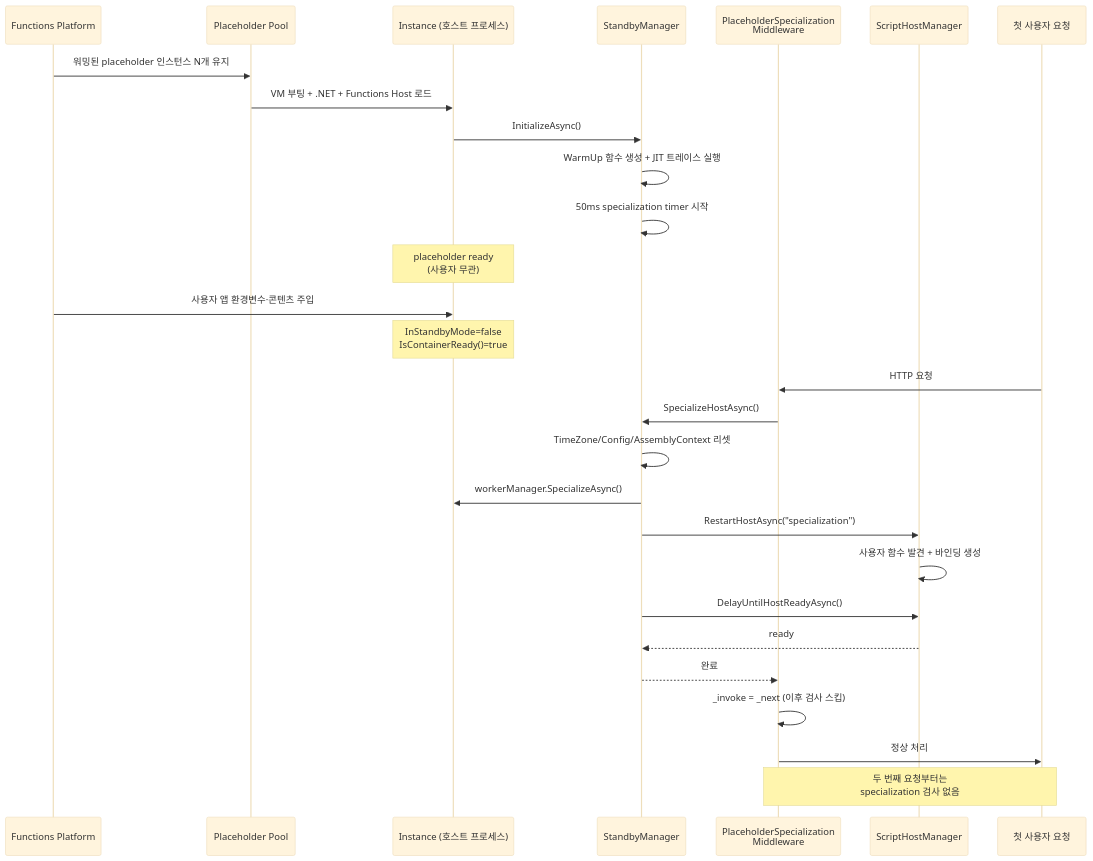
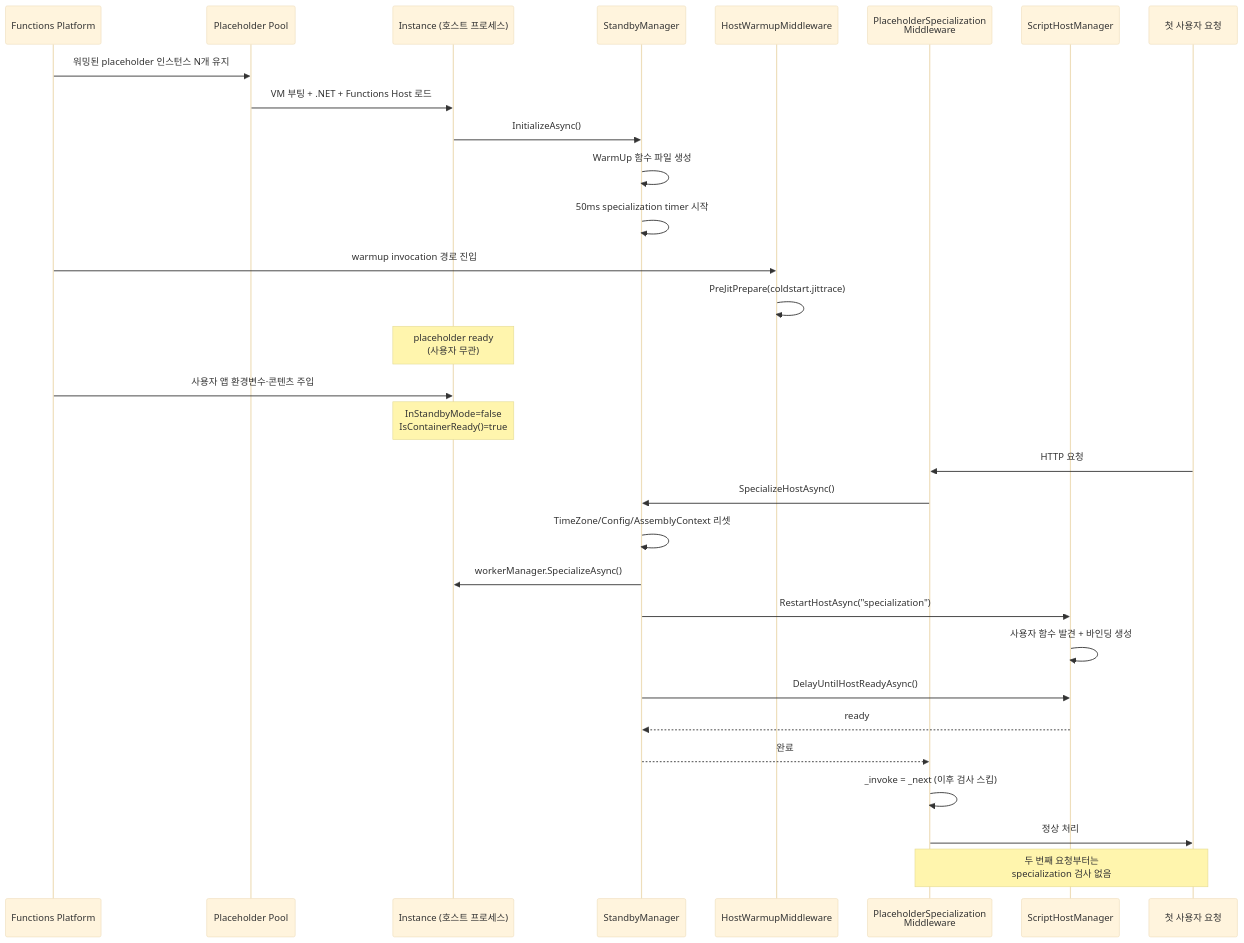
The second of 2 diagrams in azure-functions-deep-dive/ko/06-cold-start-placeholder.md (yeongseon-books/book-content), drawn with Mermaid (base theme) before and after one commit. The commit also changed other lines of this file and 42 other files, not shown here.

First line of the commit message:
fix: 오라클 리뷰 반영 — Functions 101/Deep Dive 사실관계·톤·다이어그램 정리, App Service 101 ko/en 재구조화

````diff
--- a/azure-functions-deep-dive/ko/06-cold-start-placeholder.md
+++ b/azure-functions-deep-dive/ko/06-cold-start-placeholder.md
@@ -319,34 +319,37 @@
 ```mermaid
 sequenceDiagram
     participant PLAT as Functions Platform
     participant POOL as Placeholder Pool
     participant INST as Instance (호스트 프로세스)
     participant SBM as StandbyManager
+    participant MWMID as HostWarmupMiddleware
     participant MID as PlaceholderSpecialization<br/>Middleware
     participant SHM as ScriptHostManager
     participant USER as 첫 사용자 요청
 
     PLAT->>POOL: 워밍된 placeholder 인스턴스 N개 유지
     POOL->>INST: VM 부팅 + .NET + Functions Host 로드
     INST->>SBM: InitializeAsync()
-    SBM->>SBM: WarmUp 함수 생성 + JIT 트레이스 실행
+    SBM->>SBM: WarmUp 함수 파일 생성
     SBM->>SBM: 50ms specialization timer 시작
+    PLAT->>MWMID: warmup invocation 경로 진입
+    MWMID->>MWMID: PreJitPrepare(coldstart.jittrace)
     Note over INST: placeholder ready<br/>(사용자 무관)
 
     PLAT->>INST: 사용자 앱 환경변수·콘텐츠 주입
     Note over INST: InStandbyMode=false<br/>IsContainerReady()=true
 
     USER->>MID: HTTP 요청
     MID->>SBM: SpecializeHostAsync()
     SBM->>SBM: TimeZone/Config/AssemblyContext 리셋
     SBM->>INST: workerManager.SpecializeAsync()
     SBM->>SHM: RestartHostAsync("specialization")
     SHM->>SHM: 사용자 함수 발견 + 바인딩 생성
     SBM->>SHM: DelayUntilHostReadyAsync()
     SHM-->>SBM: ready
     SBM-->>MID: 완료
     MID->>MID: _invoke = _next (이후 검사 스킵)
     MID->>USER: 정상 처리
 
     Note over MID,USER: 두 번째 요청부터는<br/>specialization 검사 없음
 ```
````
